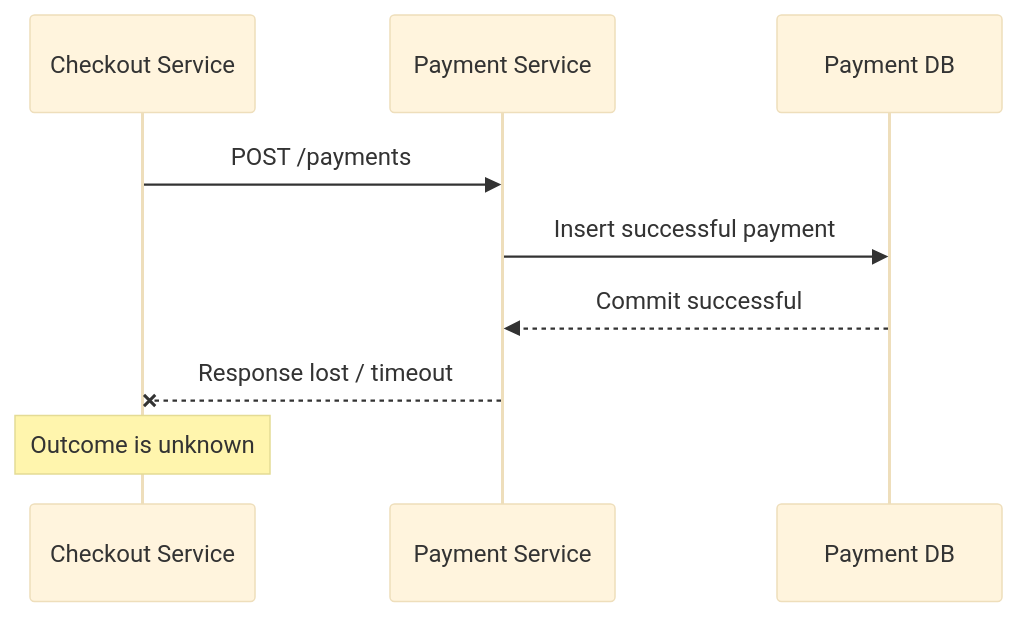
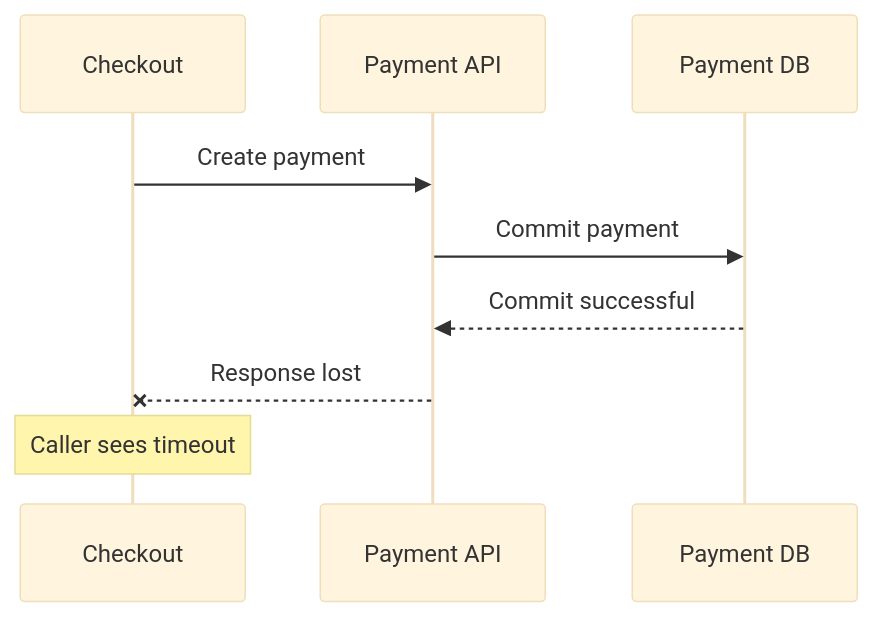
Before and after one commit to AvadhBhalodiya/Interview-Preparation: the seventh of 9 diagrams in src/content/system-design/consistency-cap-retries.md, drawn with Mermaid (base theme). The commit also changed other lines of this file and 54 other files, not shown here.

````diff
--- a/src/content/system-design/consistency-cap-retries.md
+++ b/src/content/system-design/consistency-cap-retries.md
@@ -516,12 +410,12 @@
 ```mermaid
 sequenceDiagram
-    participant C as Checkout Service
-    participant P as Payment Service
+    participant C as Checkout
+    participant P as Payment API
     participant D as Payment DB
 
-    C->>P: POST /payments
-    P->>D: Insert successful payment
+    C->>P: Create payment
+    P->>D: Commit payment
     D-->>P: Commit successful
-    P--xC: Response lost / timeout
-    Note over C: Outcome is unknown
+    P--xC: Response lost
+    Note over C: Caller sees timeout
 ```
````
